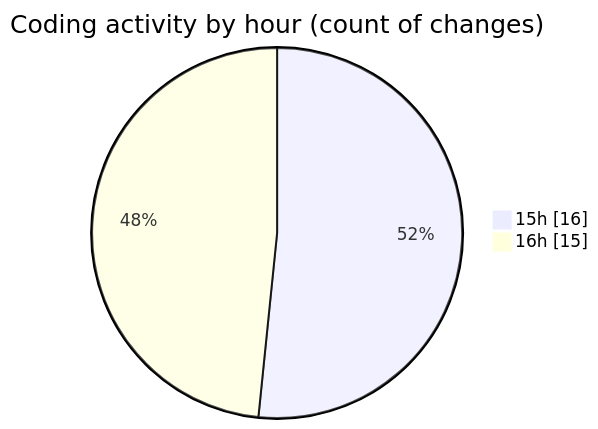
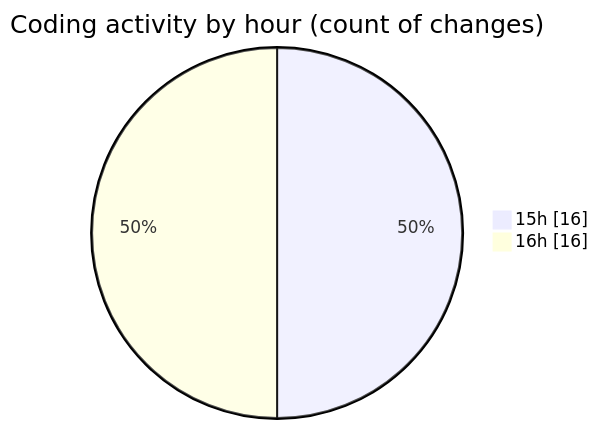
The second of 2 diagrams in 2025-10-01/oura-api/README.md (mevix1/code-tracking), drawn with Mermaid before and after one commit. The commit also changed other lines of this file and 1 other file, not shown here.

````diff
--- a/2025-10-01/oura-api/README.md
+++ b/2025-10-01/oura-api/README.md
@@ -49,6 +49,6 @@
 ```mermaid
 pie showData
 title Coding activity by hour (count of changes)
 "15h" : 16
-"16h" : 15
+"16h" : 16
 ```
````
